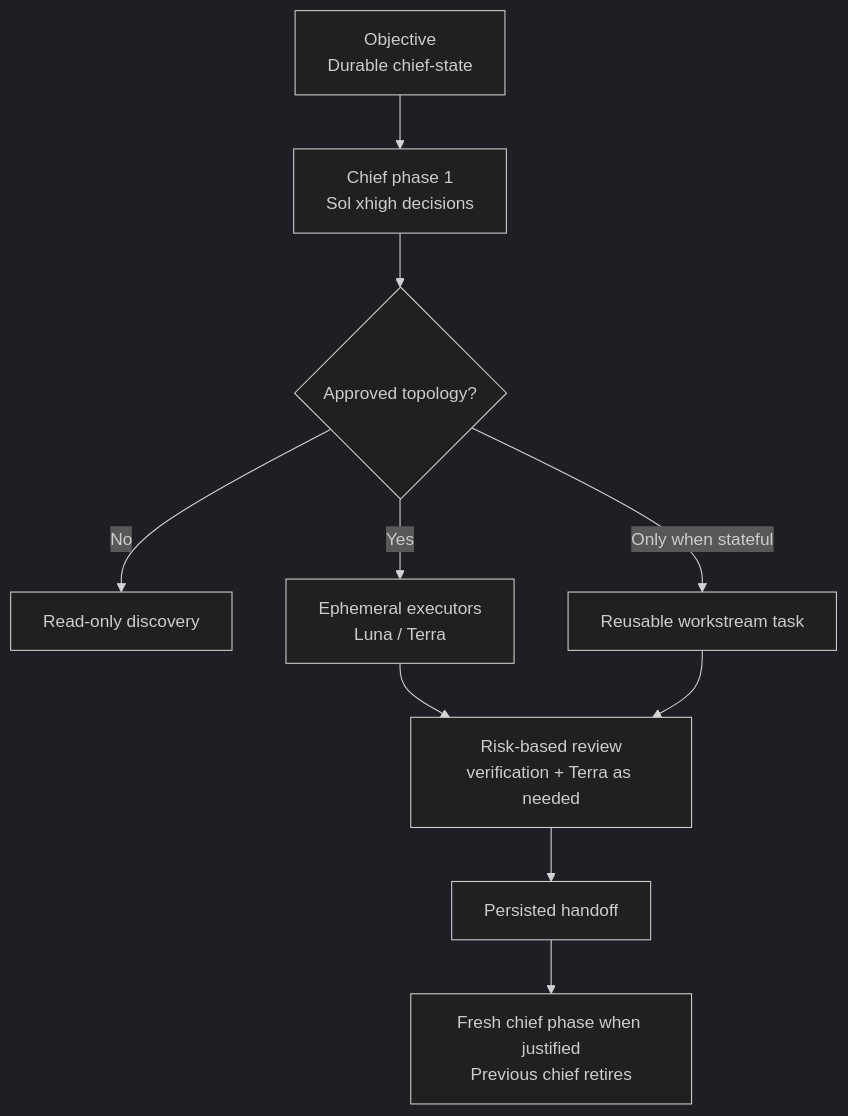
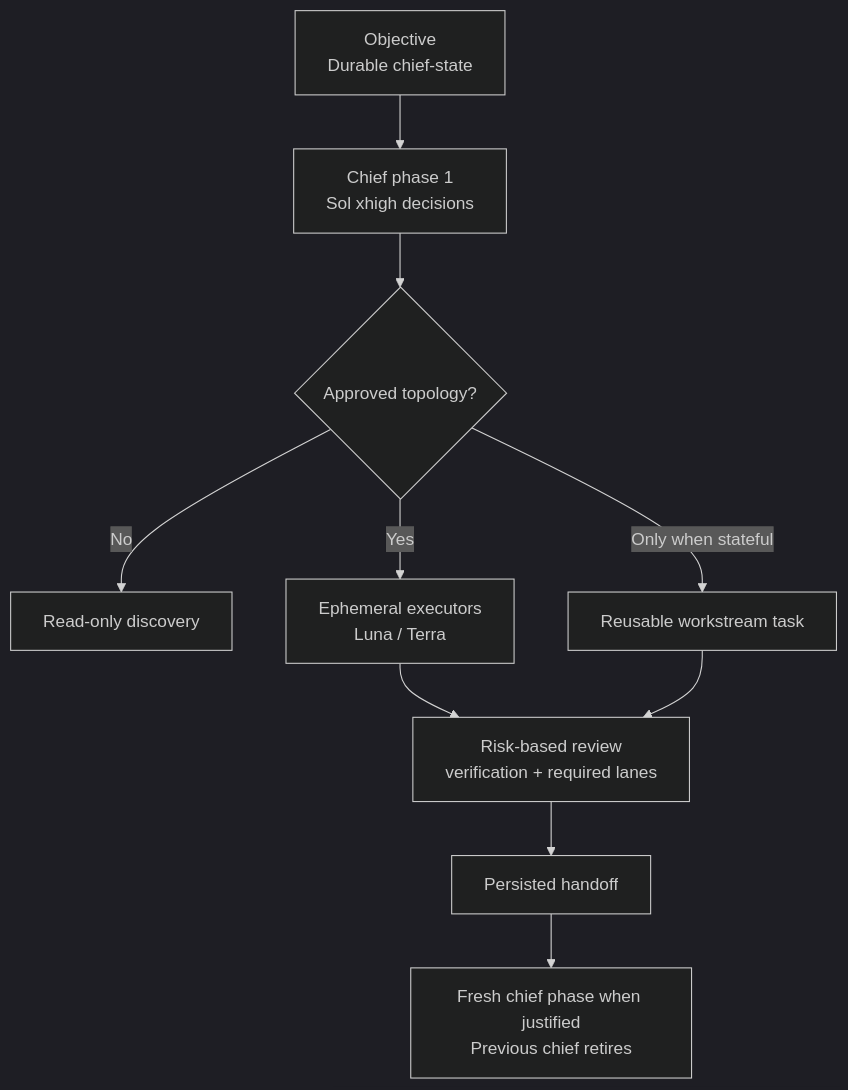
One commit to himraven/codex-chief-engineer changed the diagram in README.md. Above: the diagram before and after it, drawn with Mermaid (dark theme). The commit also changed other lines of this file and 1 other file, not shown here.

First line of the commit message:
feat(review): route Claude 5 models

````diff
--- a/README.md
+++ b/README.md
@@ -19,12 +19,12 @@
 ```mermaid
 flowchart TB
   O["Objective\nDurable chief-state"] --> P1["Chief phase 1\nSol xhigh decisions"]
   P1 --> G{"Approved topology?"}
   G -->|"No"| S["Read-only discovery"]
   G -->|"Yes"| E["Ephemeral executors\nLuna / Terra"]
   G -->|"Only when stateful"| W["Reusable workstream task"]
-  E --> V["Risk-based review\nverification + Terra as needed"]
+  E --> V["Risk-based review\nverification + required lanes"]
   W --> V
   V --> H["Persisted handoff"]
   H --> P2["Fresh chief phase when justified\nPrevious chief retires"]
 ```
````
